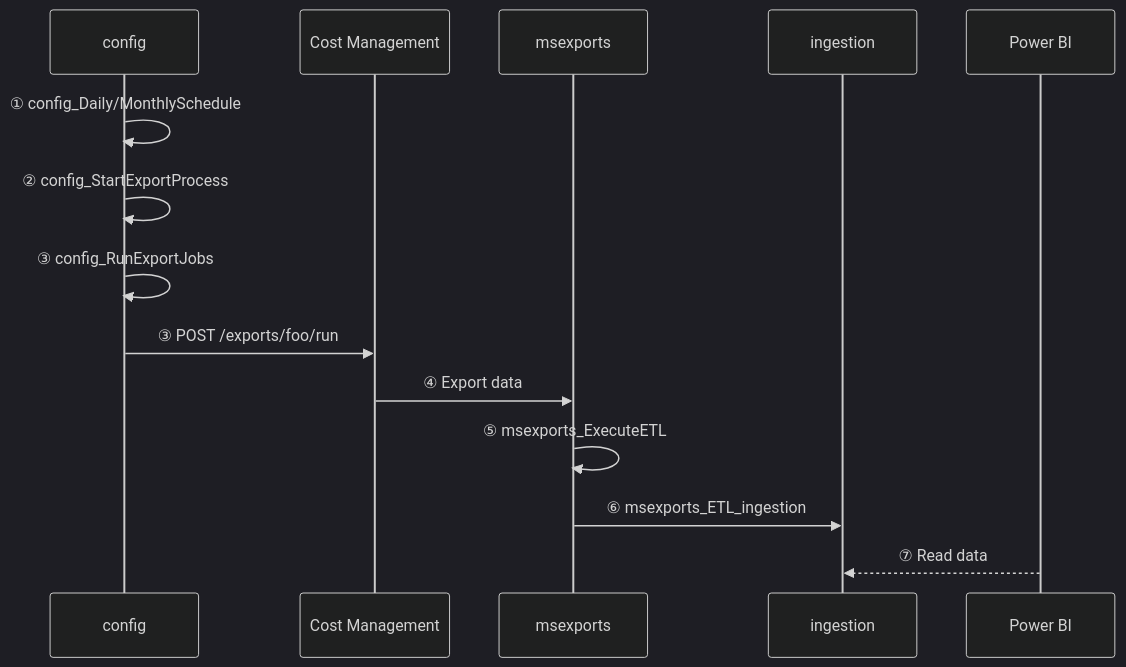
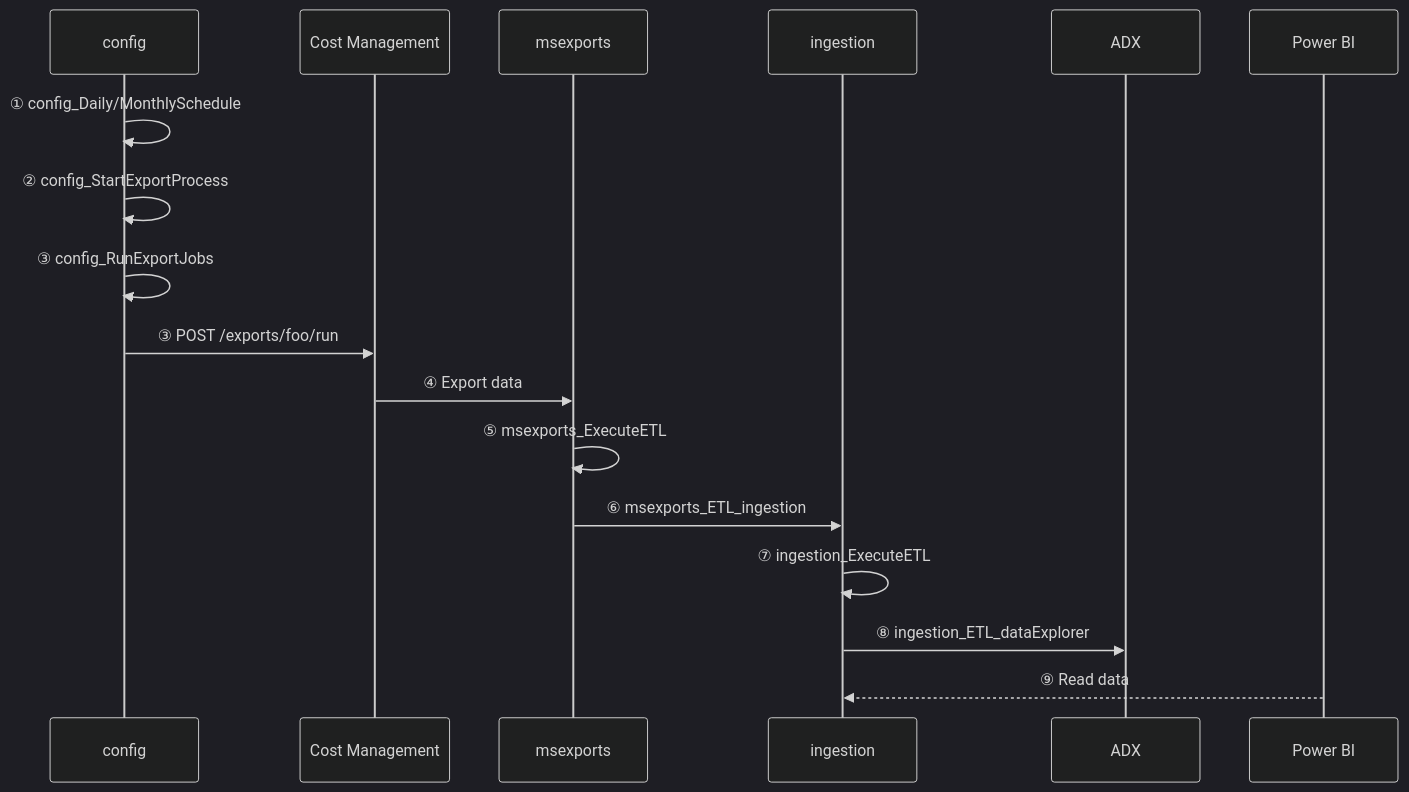
The second of 6 diagrams in docs/_reporting/hubs/data-processing.md (microsoft/finops-toolkit), drawn with Mermaid (dark theme) before and after one commit. The commit also changed other lines of this file and 4 other files, not shown here.

Commit message:
Add docs and pipeline to rerun ADX ingestion

````diff
--- a/docs/_reporting/hubs/data-processing.md
+++ b/docs/_reporting/hubs/data-processing.md
@@ -56,11 +56,13 @@
 ```mermaid
 sequenceDiagram
     config->>config: ① config_Daily/MonthlySchedule
     config->>config: ② config_StartExportProcess
     config->>config: ③ config_RunExportJobs
     config->>Cost Management: ③ POST /exports/foo/run
     Cost Management->>msexports: ④ Export data
     msexports->>msexports: ⑤ msexports_ExecuteETL
     msexports->>ingestion: ⑥ msexports_ETL_ingestion
-    Power BI-->>ingestion: ⑦ Read data
+    ingestion->>ingestion: ⑦ ingestion_ExecuteETL
+    ingestion->>ADX: ⑧ ingestion_ETL_dataExplorer
+    Power BI-->>ingestion: ⑨ Read data
 ```
````
